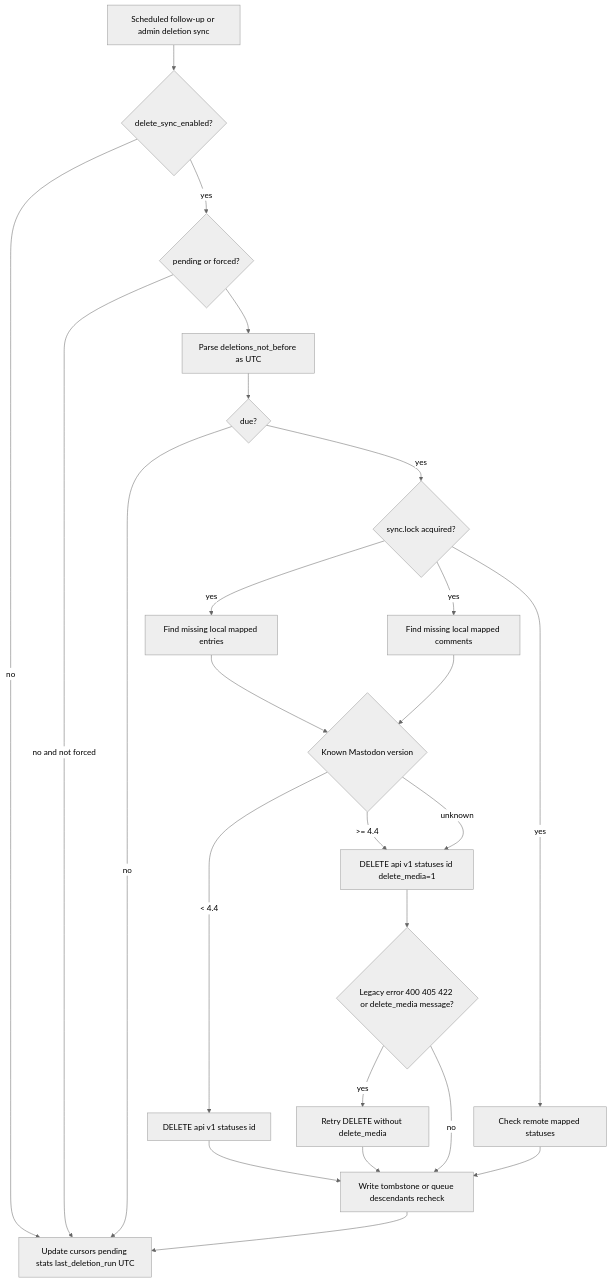
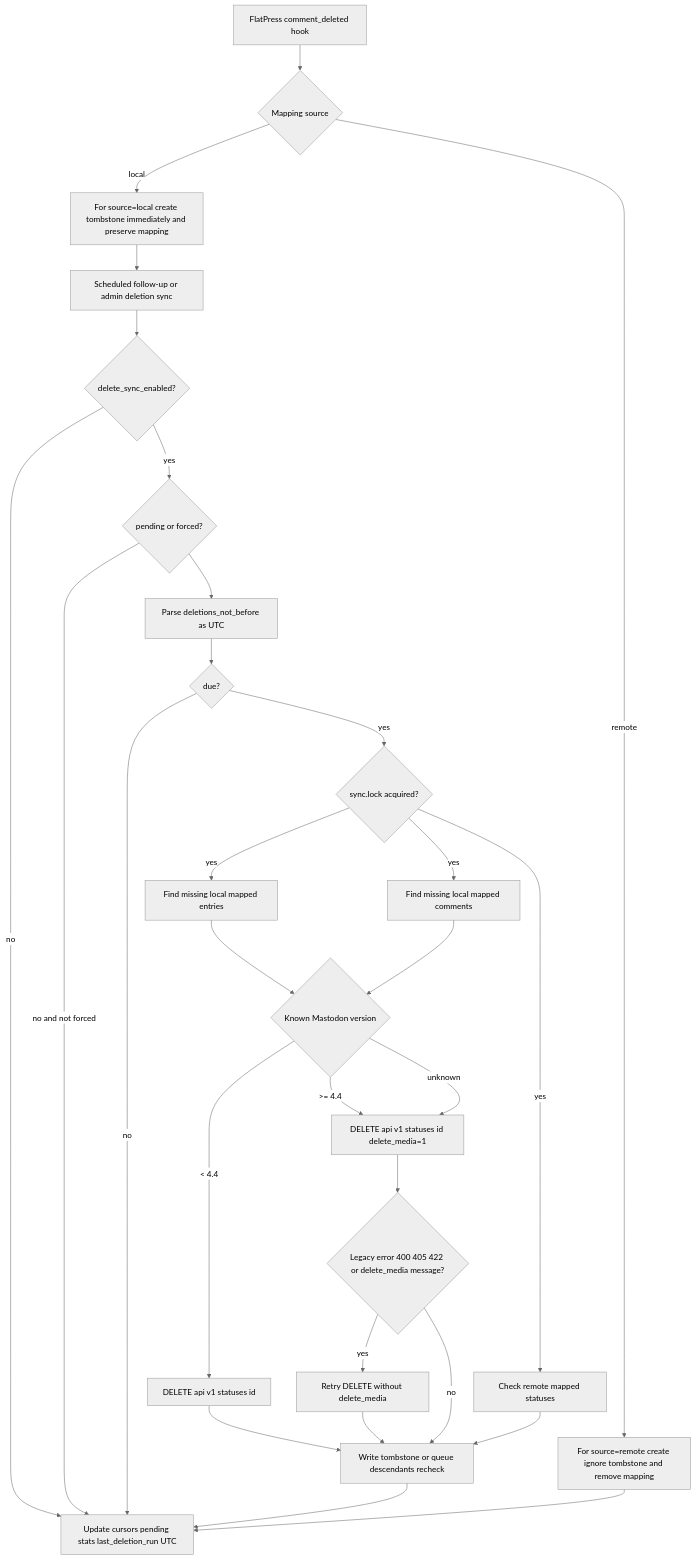
The seventh of 9 diagrams in fp-plugins/mastodon/developer-docs/01-Process-Map.md (flatpressblog/flatpress), drawn with Mermaid (neutral theme) before and after one commit. The commit also changed other lines of this file and 33 other files, not shown here.

````diff
--- a/fp-plugins/mastodon/developer-docs/01-Process-Map.md
+++ b/fp-plugins/mastodon/developer-docs/01-Process-Map.md
@@ -257,39 +273,46 @@
 ```mermaid
 flowchart TD
+    LocalDelete[FlatPress comment_deleted hook]
+    Source{Mapping source}
+    Immediate[For source=local create tombstone immediately and preserve mapping]
+    Ignore[For source=remote create ignore tombstone and remove mapping]
     Start[Scheduled follow-up or admin deletion sync]
     Enabled{delete_sync_enabled?}
     Pending{pending or forced?}
     UtcCooldown[Parse deletions_not_before as UTC]
     Due{due?}
     Lock{sync.lock acquired?}
     Entries[Find missing local mapped entries]
     Comments[Find missing local mapped comments]
     RemoteMissing[Check remote mapped statuses]
     Version{Known Mastodon version}
     Old[DELETE api v1 statuses id]
     New[DELETE api v1 statuses id delete_media=1]
     Retry{Legacy error 400 405 422 or delete_media message?}
     RetryOld[Retry DELETE without delete_media]
     Tombstone[Write tombstone or queue descendants recheck]
     State[Update cursors pending stats last_deletion_run UTC]
 
+    LocalDelete --> Source
+    Source -- local --> Immediate --> Start
+    Source -- remote --> Ignore --> State
     Start --> Enabled
     Enabled -- no --> State
     Enabled -- yes --> Pending
     Pending -- no and not forced --> State
     Pending --> UtcCooldown --> Due
     Due -- no --> State
     Due -- yes --> Lock
     Lock -- yes --> Entries --> Version
     Lock -- yes --> Comments --> Version
     Lock -- yes --> RemoteMissing --> Tombstone
     Version -- < 4.4 --> Old
     Version -- >= 4.4 --> New
     Version -- unknown --> New
     New --> Retry
     Retry -- yes --> RetryOld
     Retry -- no --> Tombstone
     Old --> Tombstone
     RetryOld --> Tombstone
     Tombstone --> State
 ```
````
